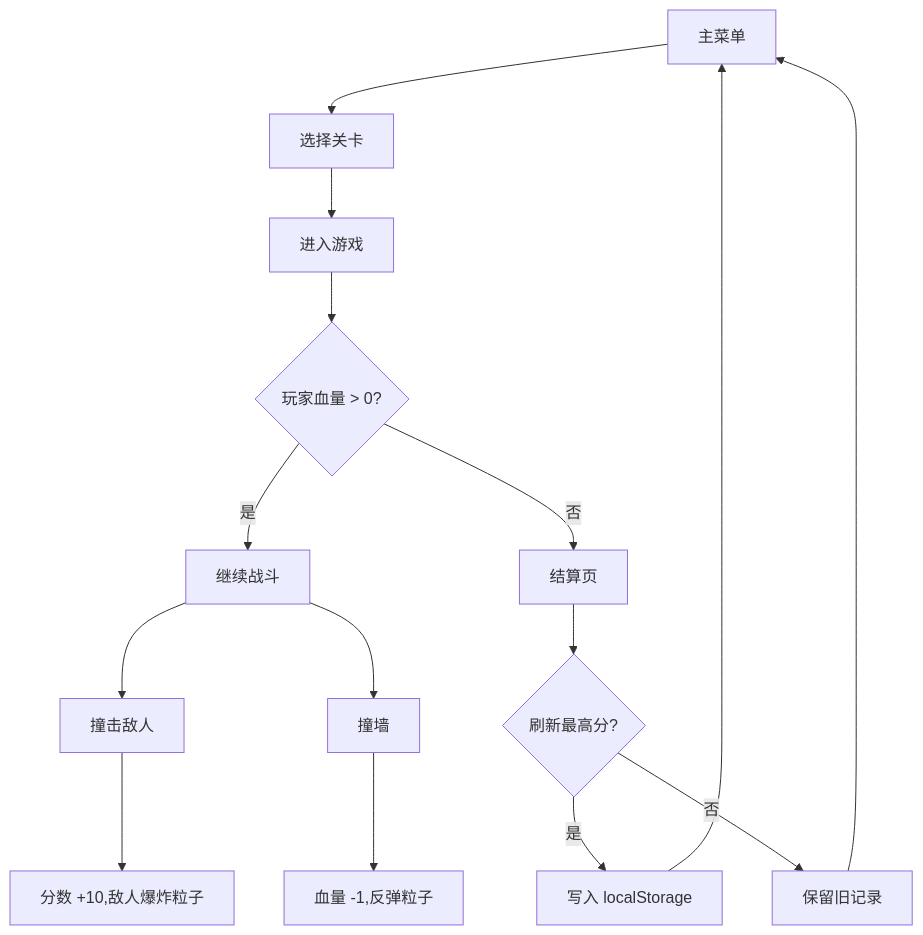
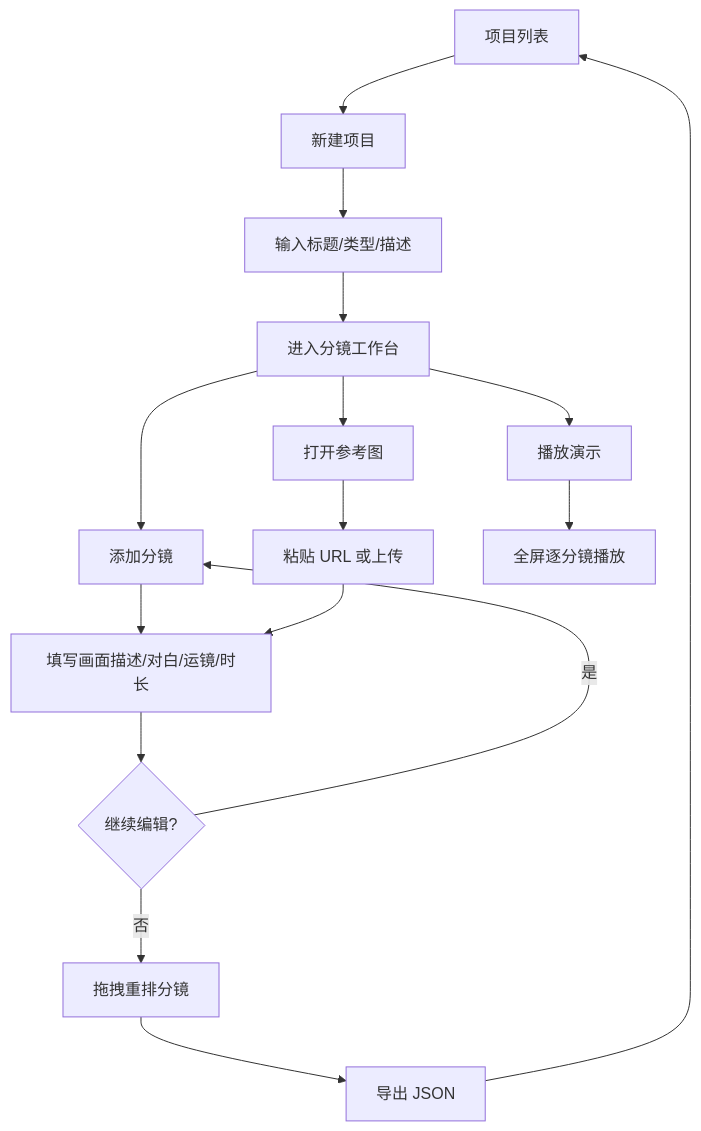
Before and after one commit to woshiabc55/AE: the diagram in .trae/documents/PRD.md, drawn with Mermaid. The commit also changed other lines of this file and 38 other files, not shown here.

````diff
--- a/.trae/documents/PRD.md
+++ b/.trae/documents/PRD.md
@@ -37,17 +35,18 @@
 ```mermaid
 flowchart TD
-    A[主菜单] --> B[选择关卡]
-    B --> C[进入游戏]
-    C --> D{玩家血量 > 0?}
-    D -- 是 --> E[继续战斗]
-    E --> F[撞击敌人]
-    F --> G[分数 +10,敌人爆炸粒子]
-    E --> H[撞墙]
-    H --> I[血量 -1,反弹粒子]
-    D -- 否 --> J[结算页]
-    J --> K{刷新最高分?}
-    K -- 是 --> L[写入 localStorage]
-    K -- 否 --> M[保留旧记录]
-    L --> A
-    M --> A
+    A[项目列表] --> B[新建项目]
+    B --> C[输入标题/类型/描述]
+    C --> D[进入分镜工作台]
+    D --> E[添加分镜]
+    E --> F[填写画面描述/对白/运镜/时长]
+    F --> G{继续编辑?}
+    G -- 是 --> E
+    G -- 否 --> H[拖拽重排分镜]
+    H --> I[导出 JSON]
+    I --> A
+    D --> J[打开参考图]
+    J --> K[粘贴 URL 或上传]
+    K --> F
+    D --> L[播放演示]
+    L --> M[全屏逐分镜播放]
 ```
````
